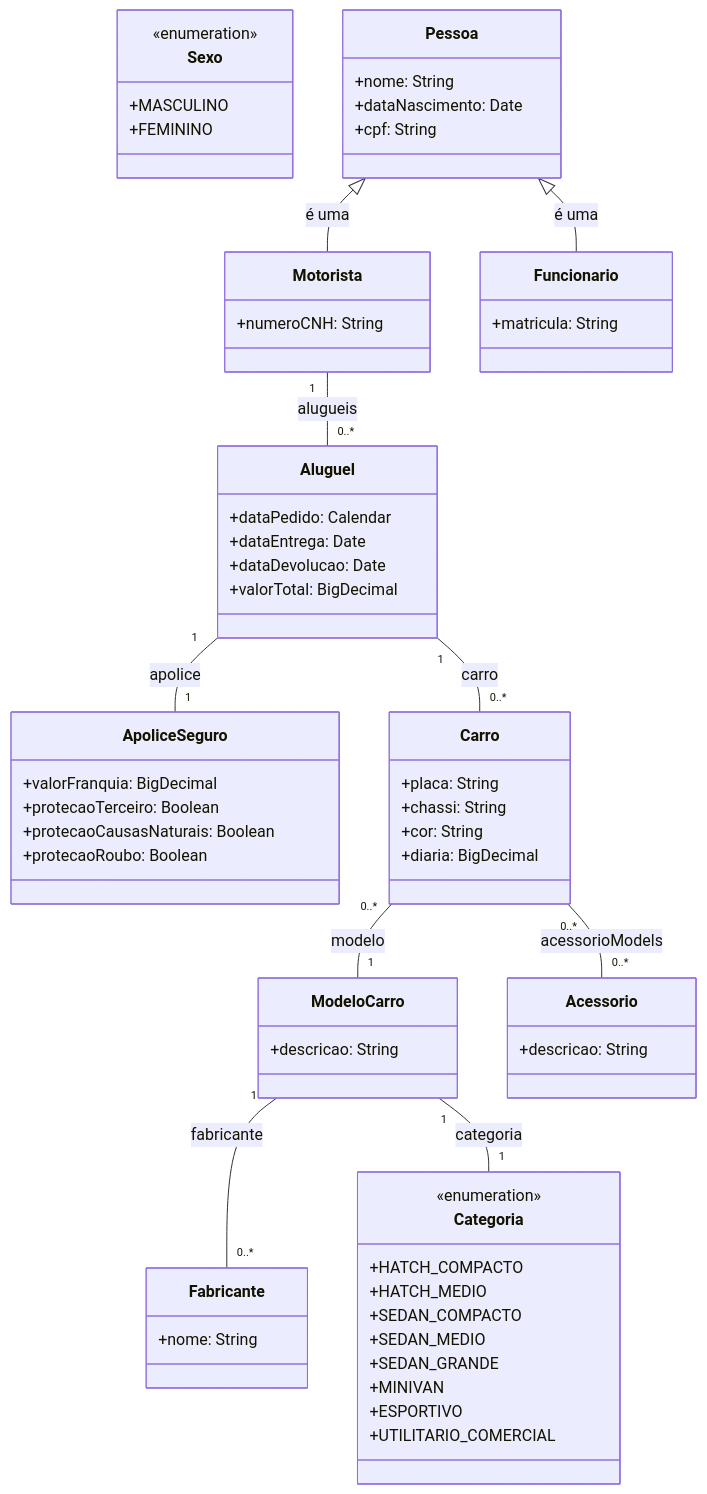
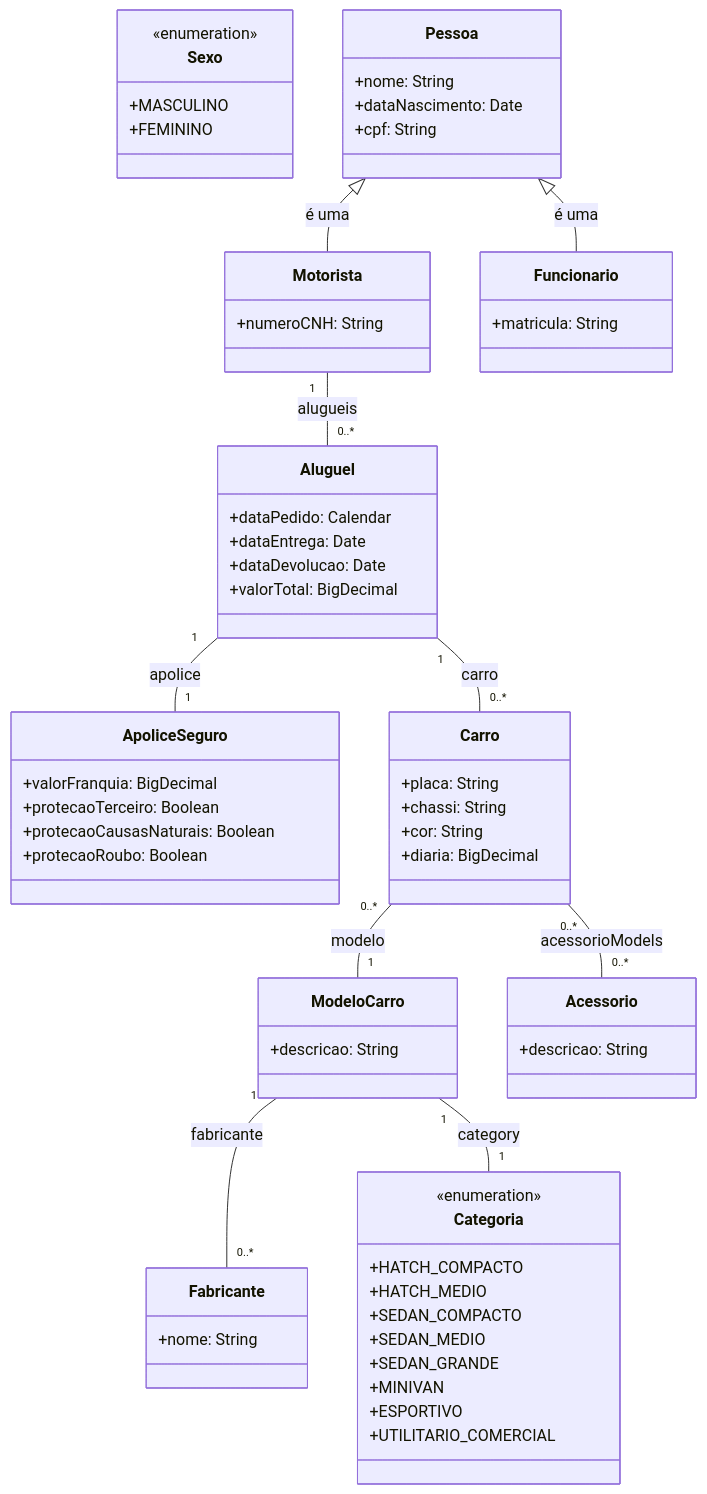
The diagram in README.md (Ednaxx/locadora-de-veiculos-solutis), drawn with Mermaid before and after one commit. The commit also changed 96 other files, not shown here.

````diff
--- a/README.md
+++ b/README.md
@@ -26,81 +26,81 @@
 ```mermaid
 classDiagram
     %% Enumerations
     class Sexo {
         <<enumeration>>
         +MASCULINO
         +FEMININO
     }
 
     class Categoria {
         <<enumeration>>
         +HATCH_COMPACTO
         +HATCH_MEDIO
         +SEDAN_COMPACTO
         +SEDAN_MEDIO
         +SEDAN_GRANDE
         +MINIVAN
         +ESPORTIVO
         +UTILITARIO_COMERCIAL
     }
 
     %% Classes
     class Pessoa {
         +nome: String
         +dataNascimento: Date
         +cpf: String
     }
 
     class Motorista {
         +numeroCNH: String
     }
 
     class Funcionario {
         +matricula: String
     }
 
     class ApoliceSeguro {
         +valorFranquia: BigDecimal
         +protecaoTerceiro: Boolean
         +protecaoCausasNaturais: Boolean
         +protecaoRoubo: Boolean
     }
 
     class Aluguel {
         +dataPedido: Calendar
         +dataEntrega: Date
         +dataDevolucao: Date
         +valorTotal: BigDecimal
     }
 
     class Carro {
         +placa: String
         +chassi: String
         +cor: String
         +diaria: BigDecimal
     }
 
     class ModeloCarro {
         +descricao: String
     }
 
     class Fabricante {
         +nome: String
     }
 
     class Acessorio {
         +descricao: String
     }
 
     %% Relationships
     Pessoa <|-- Motorista : é uma
     Pessoa <|-- Funcionario : é uma
     Motorista "1" -- "0..*" Aluguel : alugueis
     Aluguel "1" -- "0..*" Carro : carro
     Aluguel "1" -- "1" ApoliceSeguro : apolice
     Carro "0..*" -- "1" ModeloCarro : modelo
     Carro "0..*" -- "0..*" Acessorio : acessorioModels
     ModeloCarro "1" -- "0..*" Fabricante : fabricante
-    ModeloCarro "1" -- "1" Categoria : categoria
+    ModeloCarro "1" -- "1" Categoria : category
 
 ```
````
